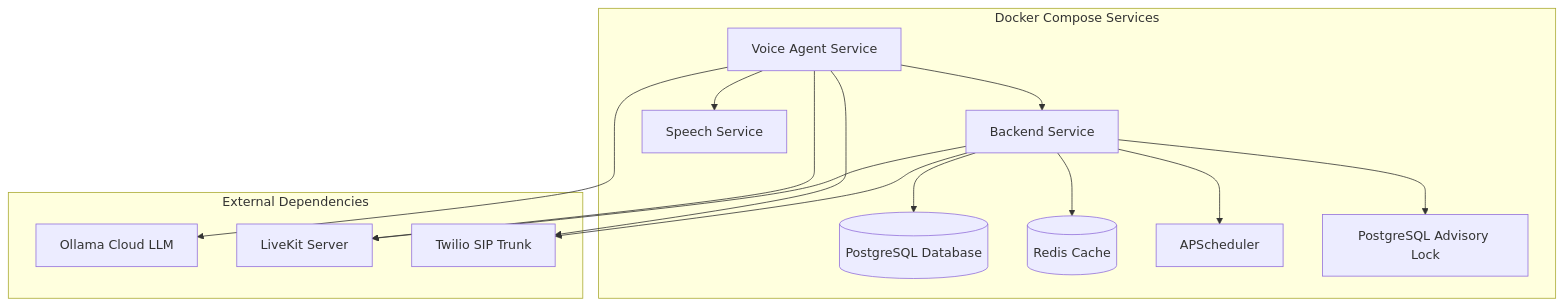
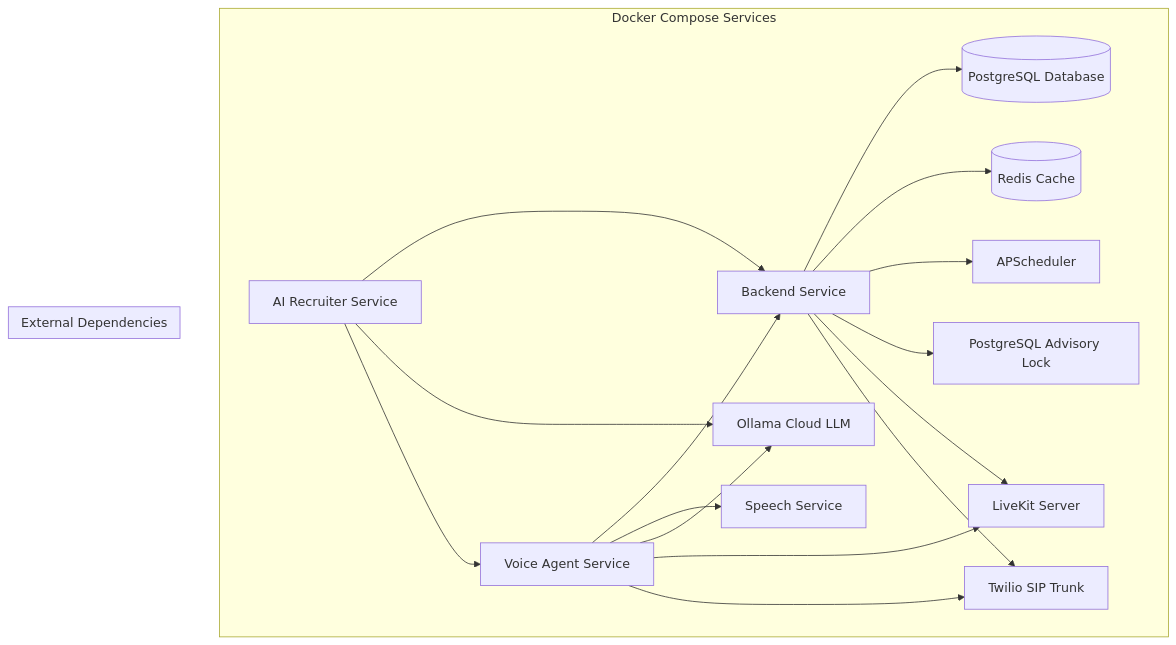
Diagram 17 of 17 in .qoder/repowiki/en/content/Advanced Topics/Voice Agent Conversation System.md (Revanththetalogics/aireume), drawn with Mermaid before and after one commit. The commit also changed other lines of this file and 47 other files, not shown here.

````diff
--- a/.qoder/repowiki/en/content/Advanced Topics/Voice Agent Conversation System.md
+++ b/.qoder/repowiki/en/content/Advanced Topics/Voice Agent Conversation System.md
@@ -911,28 +970,35 @@
 ```mermaid
 graph TB
 subgraph "Docker Compose Services"
 BACKEND[Backend Service]
 VOICE_AGENT[Voice Agent Service]
+AI_RECRUITER[AI Recruiter Service]
 SPEECH_SERVICE[Speech Service]
 DATABASE[(PostgreSQL Database)]
 REDIS[(Redis Cache)]
 SCHEDULER[APScheduler]
 LOCK[PostgreSQL Advisory Lock]
+LLM[Ollama Cloud LLM]
+LIVESERVER[LiveKit Server]
+TWILIO[Twilio SIP Trunk]
 end
 subgraph "External Dependencies"
 LLM[Ollama Cloud LLM]
 LIVESERVER[LiveKit Server]
 TWILIO[Twilio SIP Trunk]
 end
 BACKEND --> DATABASE
 BACKEND --> REDIS
 BACKEND --> SCHEDULER
 BACKEND --> LOCK
 VOICE_AGENT --> BACKEND
 VOICE_AGENT --> SPEECH_SERVICE
 VOICE_AGENT --> LLM
 VOICE_AGENT --> LIVESERVER
 VOICE_AGENT --> TWILIO
+AI_RECRUITER --> BACKEND
+AI_RECRUITER --> LLM
+AI_RECRUITER --> VOICE_AGENT
 BACKEND --> LIVESERVER
 BACKEND --> TWILIO
 ```
````
